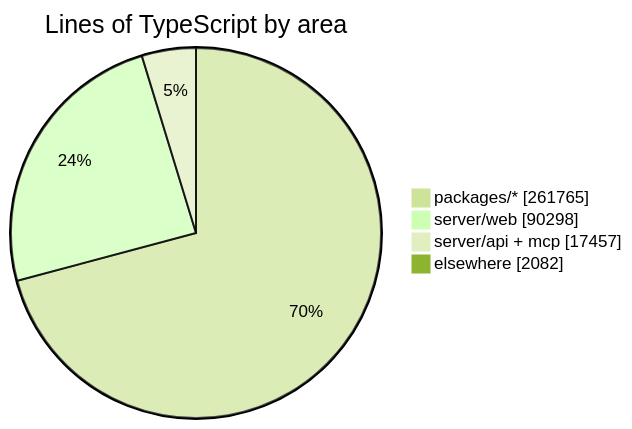
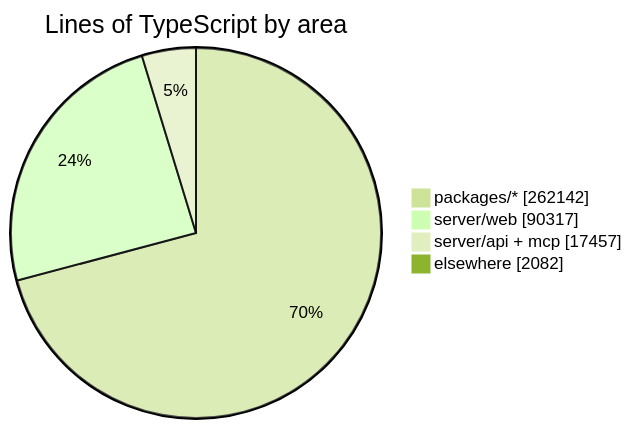
One commit to crossworks-engineering/mantle changed the diagram in README.md. Above: the diagram before and after it, drawn with Mermaid (forest theme). The commit also changed other lines of this file and 2 other files, not shown here.

````diff
--- a/README.md
+++ b/README.md
@@ -287,7 +287,7 @@
 ```mermaid
 pie showData title Lines of TypeScript by area
-    "packages/*" : 261765
-    "server/web" : 90298
+    "packages/*" : 262142
+    "server/web" : 90317
     "server/api + mcp" : 17457
     "elsewhere" : 2082
 ```
````
